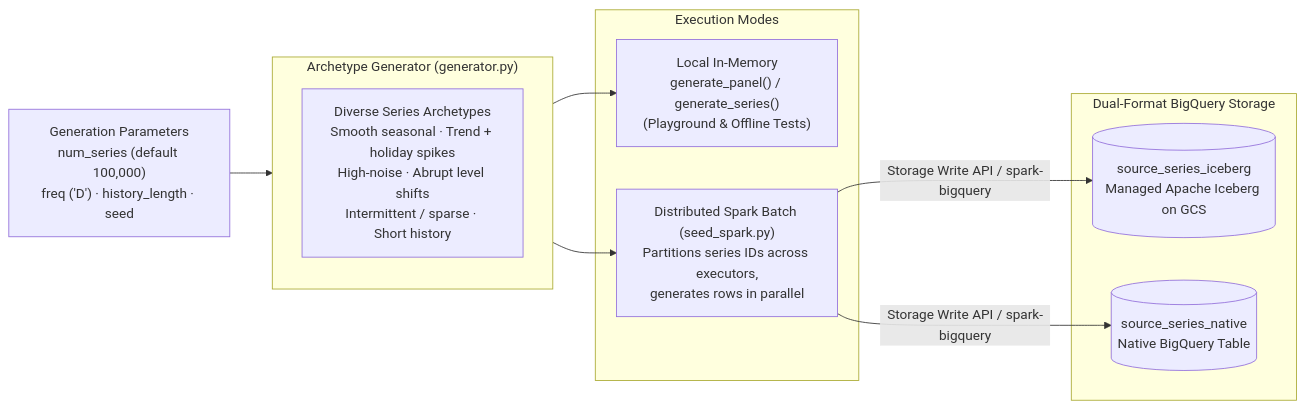
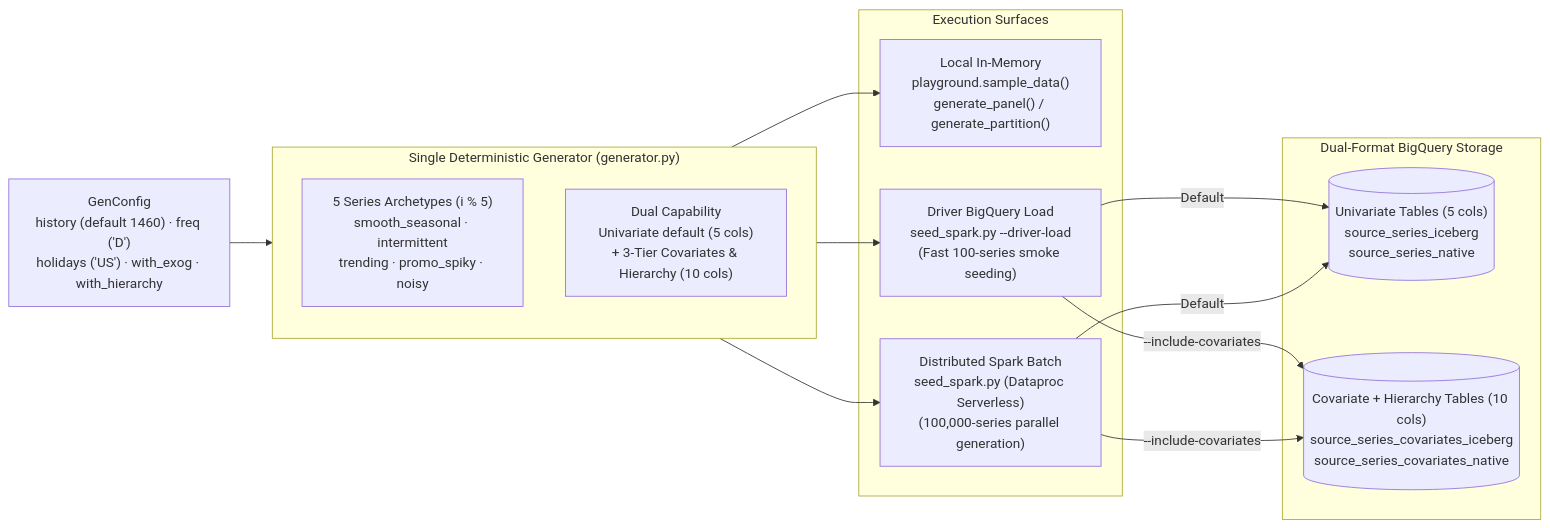
The diagram in src/scale_forecasting/data_gen/README.md (statmike/scale-forecasting), drawn with Mermaid before and after one commit. The commit also changed other lines of this file and 4 other files, not shown here.

Commit message:
docs(data_gen): document unified dual-capability generator on main README and wire --include-covariates table routing

````diff
--- a/src/scale_forecasting/data_gen/README.md
+++ b/src/scale_forecasting/data_gen/README.md
@@ -7,21 +7,24 @@
 ```mermaid
 flowchart LR
-    spec["Generation Parameters<br/>num_series (default 100,000)<br/>freq ('D') · history_length · seed"]
+    spec["GenConfig<br/>history (default 1460) · freq ('D')<br/>holidays ('US') · with_exog · with_hierarchy"]
 
-    subgraph gen["Archetype Generator (generator.py)"]
-        arch["Diverse Series Archetypes<br/>Smooth seasonal · Trend + holiday spikes<br/>High-noise · Abrupt level shifts<br/>Intermittent / sparse · Short history"]
+    subgraph gen["Single Deterministic Generator (generator.py)"]
+        arch["5 Series Archetypes (i % 5)<br/>smooth_seasonal · intermittent<br/>trending · promo_spiky · noisy"]
+        cov["Dual Capability<br/>Univariate default (5 cols)<br/>+ 3-Tier Covariates & Hierarchy (10 cols)"]
     end
 
-    subgraph execution["Execution Modes"]
-        local["Local In-Memory<br/>generate_panel() / generate_series()<br/>(Playground & Offline Tests)"]
-        spark["Distributed Spark Batch (seed_spark.py)<br/>Partitions series IDs across executors,<br/>generates rows in parallel"]
+    subgraph execution["Execution Surfaces"]
+        local["Local In-Memory<br/>playground.sample_data()<br/>generate_panel() / generate_partition()"]
+        driver["Driver BigQuery Load<br/>seed_spark.py --driver-load<br/>(Fast 100-series smoke seeding)"]
+        spark["Distributed Spark Batch<br/>seed_spark.py (Dataproc Serverless)<br/>(100,000-series parallel generation)"]
     end
 
     subgraph sinks["Dual-Format BigQuery Storage"]
-        ice[("source_series_iceberg<br/>Managed Apache Iceberg on GCS")]
-        nat[("source_series_native<br/>Native BigQuery Table")]
+        uni[("Univariate Tables (5 cols)<br/>source_series_iceberg<br/>source_series_native")]
+        multi[("Covariate + Hierarchy Tables (10 cols)<br/>source_series_covariates_iceberg<br/>source_series_covariates_native")]
     end
 
-    spec --> gen --> local & spark
-    spark -->|"Storage Write API / spark-bigquery"| ice & nat
+    spec --> gen --> local & driver & spark
+    driver & spark -->|"Default"| uni
+    driver & spark -->|"--include-covariates"| multi
 ```
````
